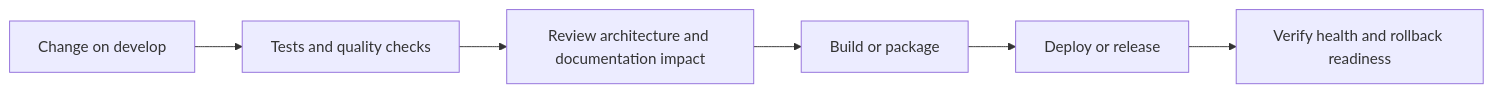
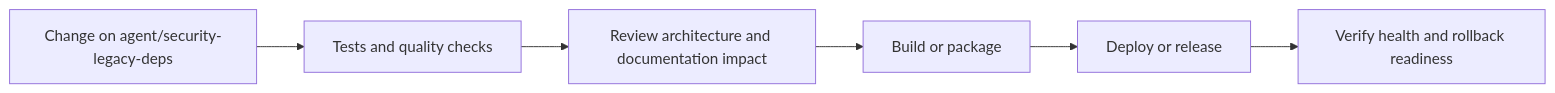
One commit to Nischhalsubba/Pihub-Investor changed the fifth of 6 diagrams in README.md. Above: the diagram before and after it, drawn with Mermaid. The commit also changed other lines of this file, not shown here.

````diff
--- a/README.md
+++ b/README.md
@@ -160,8 +160,8 @@
 ```mermaid
 flowchart LR
-    CHANGE["Change on develop"] --> CHECK["Tests and quality checks"]
+    CHANGE["Change on agent/security-legacy-deps"] --> CHECK["Tests and quality checks"]
     CHECK --> REVIEW["Review architecture and documentation impact"]
     REVIEW --> BUILD["Build or package"]
     BUILD --> DEPLOY["Deploy or release"]
     DEPLOY --> VERIFY["Verify health and rollback readiness"]
 ```
````
